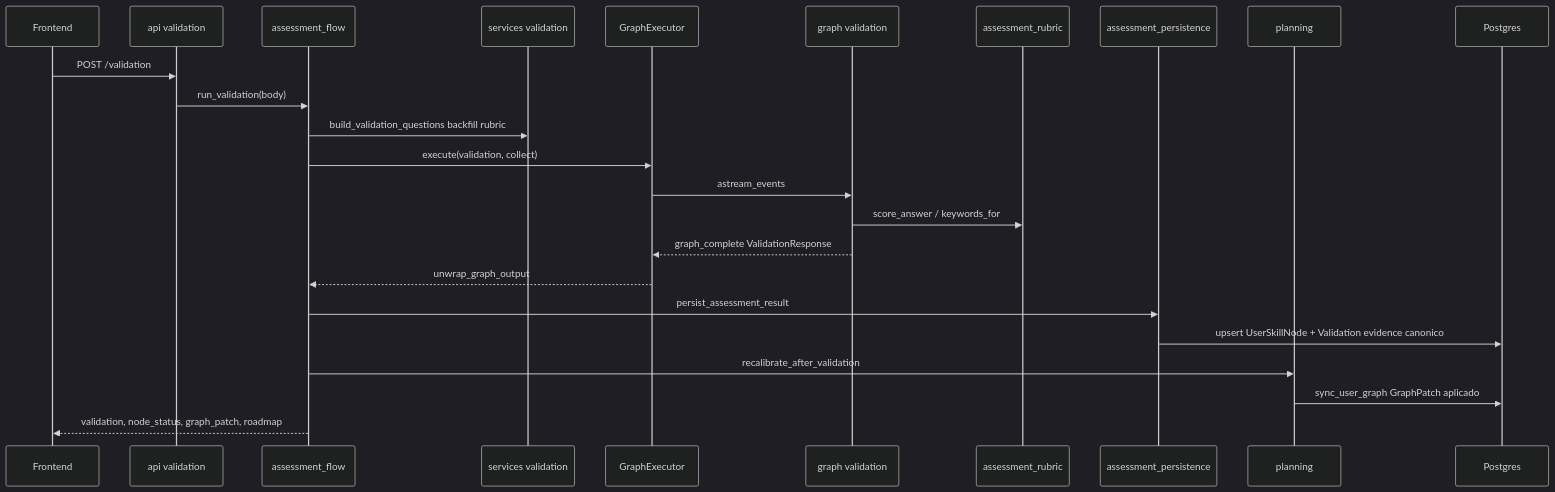
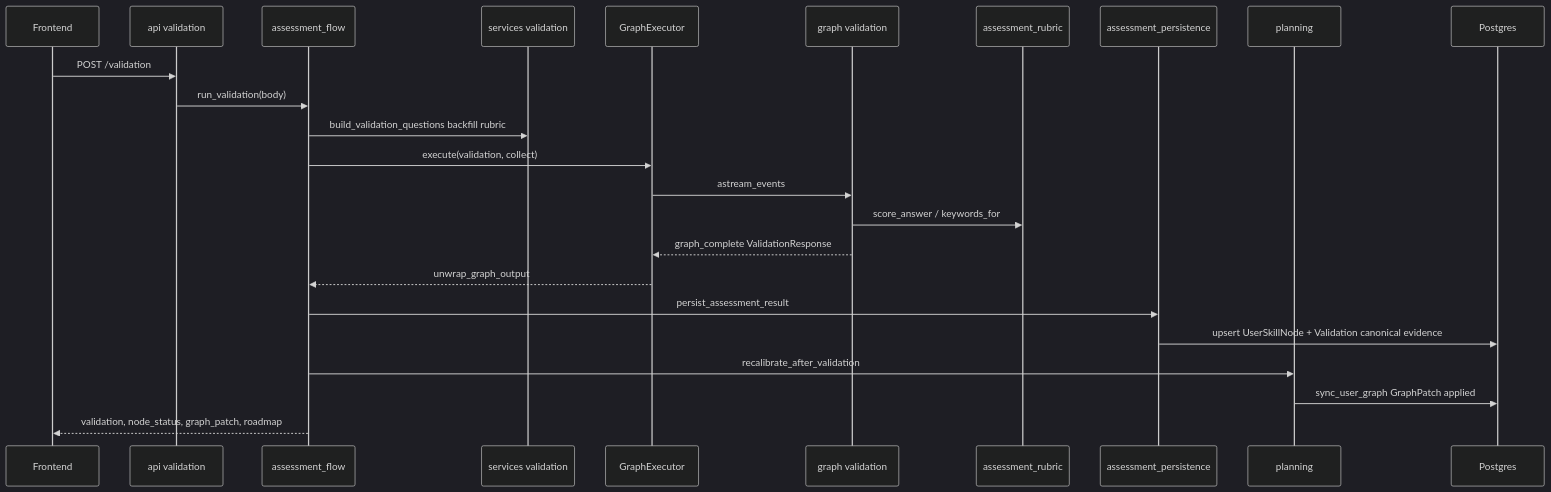
The fifth of 9 diagrams in docs/ARCHITECTURE.md (BorderlessCodingHub/career-forge-v2), drawn with Mermaid (dark theme) before and after one commit. The commit also changed other lines of this file and 24 other files, not shown here.

````diff
--- a/docs/ARCHITECTURE.md
+++ b/docs/ARCHITECTURE.md
@@ -294,27 +294,27 @@
 ```mermaid
 sequenceDiagram
   participant FE as Frontend
   participant R as api validation
   participant AF as assessment_flow
   participant SV as services validation
   participant EX as GraphExecutor
   participant GV as graph validation
   participant RUB as assessment_rubric
   participant AP as assessment_persistence
   participant PL as planning
   participant DB as Postgres
 
   FE->>R: POST /validation
   R->>AF: run_validation(body)
   AF->>SV: build_validation_questions backfill rubric
   AF->>EX: execute(validation, collect)
   EX->>GV: astream_events
   GV->>RUB: score_answer / keywords_for
   GV-->>EX: graph_complete ValidationResponse
   EX-->>AF: unwrap_graph_output
   AF->>AP: persist_assessment_result
-  AP->>DB: upsert UserSkillNode + Validation evidence canonico
+  AP->>DB: upsert UserSkillNode + Validation canonical evidence
   AF->>PL: recalibrate_after_validation
-  PL->>DB: sync_user_graph GraphPatch aplicado
+  PL->>DB: sync_user_graph GraphPatch applied
   AF-->>FE: validation, node_status, graph_patch, roadmap
 ```
````
